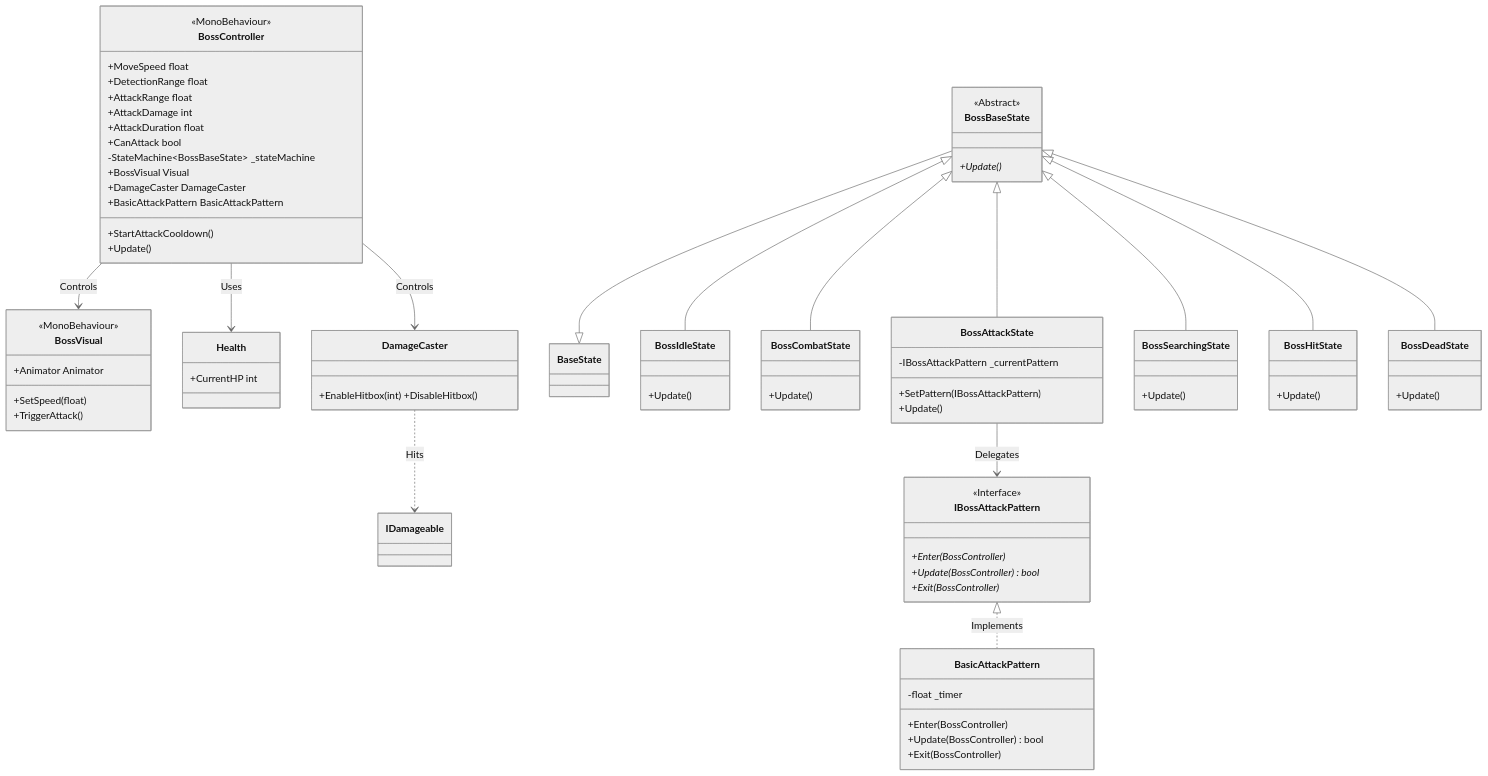
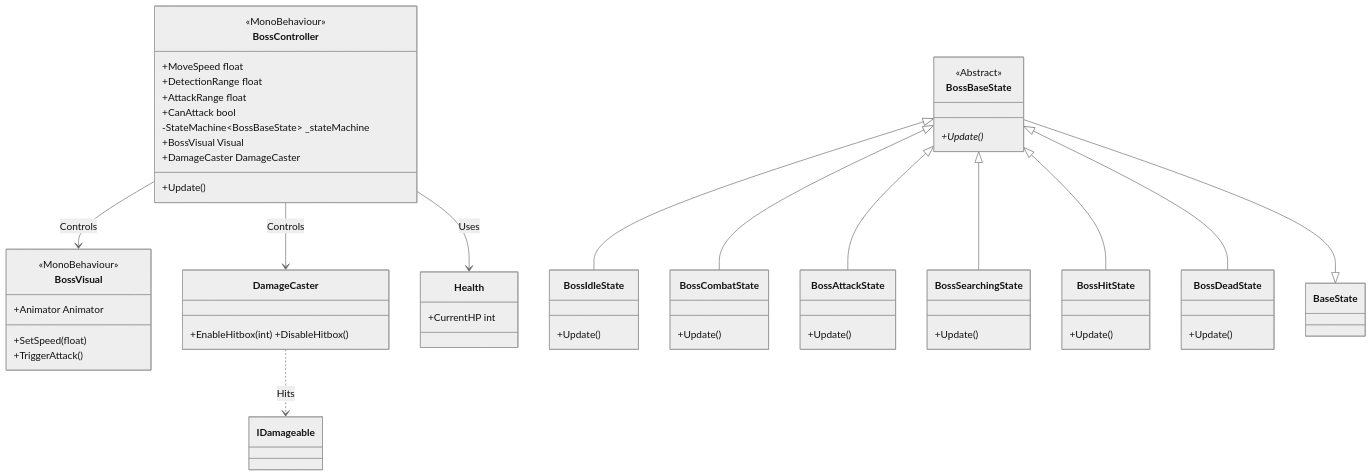
The second of 3 diagrams in docs/System_Blueprint.md (BallTank/BossRaidPortfolio), drawn with Mermaid (neutral theme) before and after one commit. The commit also changed 6 other files, not shown here.

````diff
--- a/docs/System_Blueprint.md
+++ b/docs/System_Blueprint.md
@@ -152,79 +152,55 @@
 ```mermaid
 classDiagram
     direction TB
 
     %% Components
     class BossController {
         <<MonoBehaviour>>
         +MoveSpeed float
         +DetectionRange float
         +AttackRange float
-        +AttackDamage int
-        +AttackDuration float
         +CanAttack bool
         -StateMachine~BossBaseState~ _stateMachine
         +BossVisual Visual
         +DamageCaster DamageCaster
-        +BasicAttackPattern BasicAttackPattern
-        +StartAttackCooldown()
         +Update()
     }
 
     class BossBaseState {
         <<Abstract>>
         +Update()*
     }
 
     class BossVisual {
         <<MonoBehaviour>>
         +Animator Animator
         +SetSpeed(float)
         +TriggerAttack()
     }
 
-    class IBossAttackPattern {
-        <<Interface>>
-        +Enter(BossController)*
-        +Update(BossController)* bool
-        +Exit(BossController)*
-    }
-
-    class BasicAttackPattern {
-        -float _timer
-        +Enter(BossController)
-        +Update(BossController) bool
-        +Exit(BossController)
-    }
-
     class DamageCaster { +EnableHitbox(int) +DisableHitbox() }
     class Health { +CurrentHP int }
 
     %% Concrete States
     class BossIdleState { +Update() }
     class BossCombatState { +Update() }
-    class BossAttackState {
-        -IBossAttackPattern _currentPattern
-        +SetPattern(IBossAttackPattern)
-        +Update()
-    }
+    class BossAttackState { +Update() }
     class BossSearchingState { +Update() }
     class BossHitState { +Update() }
     class BossDeadState { +Update() }
 
     %% Relationships
     BossController --> BossVisual : Controls
     BossController --> Health : Uses
     BossController --> DamageCaster : Controls
 
     BossBaseState --|> BaseState
     BossBaseState <|-- BossIdleState
     BossBaseState <|-- BossCombatState
     BossBaseState <|-- BossAttackState
     BossBaseState <|-- BossSearchingState
     BossBaseState <|-- BossHitState
     BossBaseState <|-- BossDeadState
 
-    IBossAttackPattern <|.. BasicAttackPattern : Implements
-    BossAttackState --> IBossAttackPattern : Delegates
     DamageCaster ..> IDamageable : Hits
 ```
````
